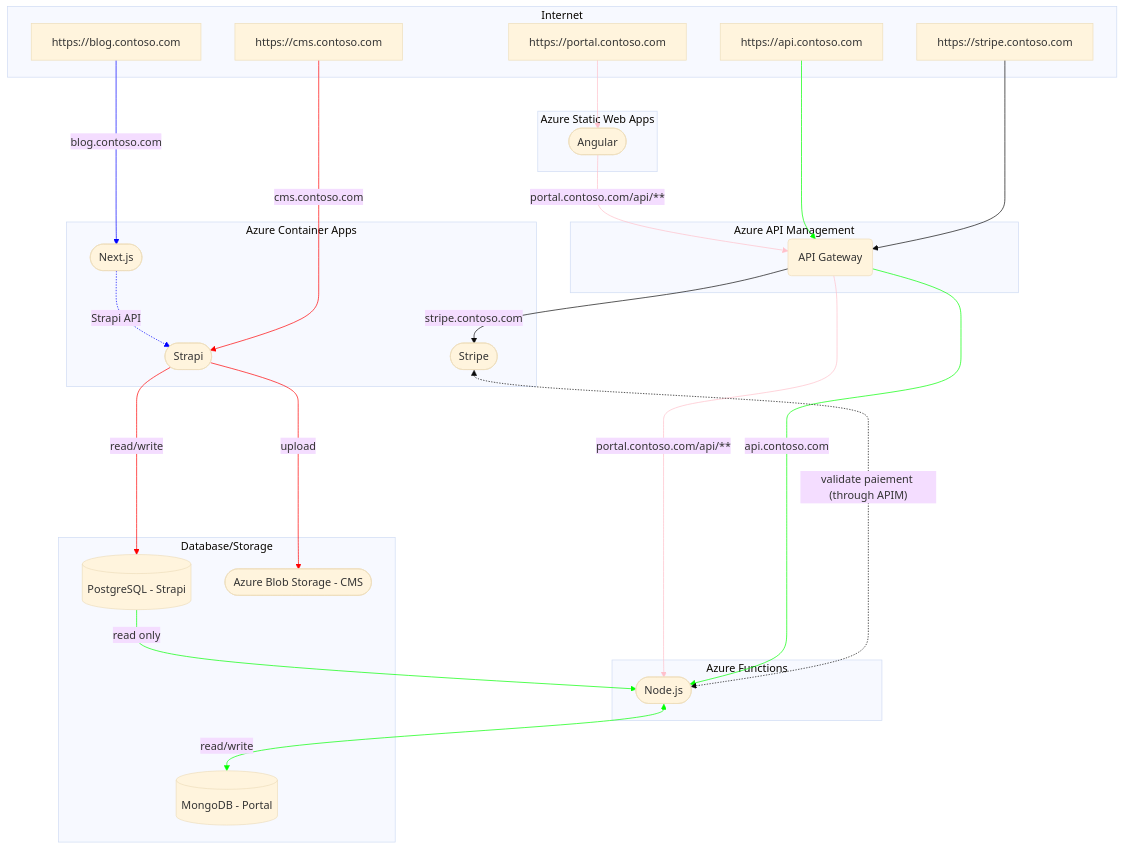
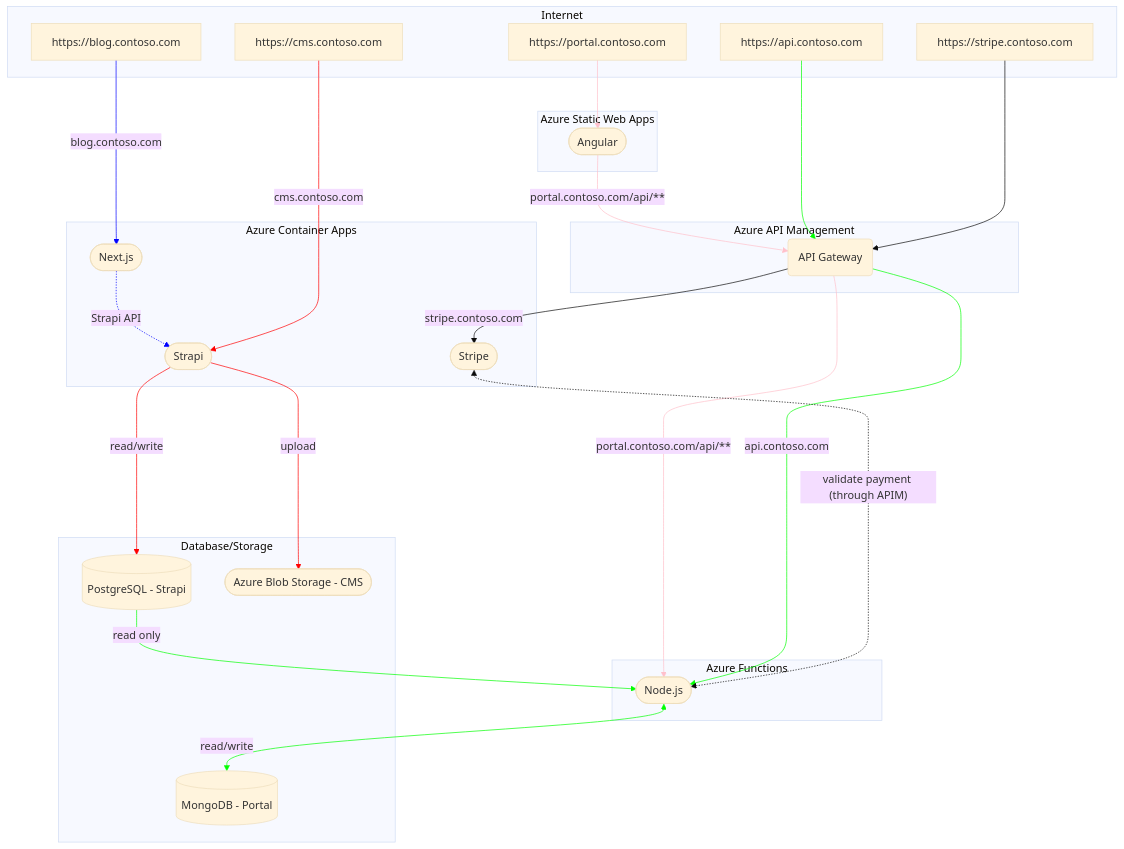
One commit to Azure-Samples/contoso-real-estate changed the diagram in README.md. Above: the diagram before and after it, drawn with Mermaid (base theme).

Commit message:
fix(docs): spelling of payment

````diff
--- a/README.md
+++ b/README.md
@@ -56,68 +56,68 @@
 ```mermaid
 flowchart TD
     %% 
 
     subgraph Internet
     Portal[https://portal.contoso.com]
     Blog[https://blog.contoso.com]
     CMS[https://cms.contoso.com]
     Stripe[https://stripe.contoso.com]
     API[https://api.contoso.com]
     end
     
     subgraph Azure API Management
     APIM(API Gateway)
     end
     
     subgraph Azure Static Web Apps
     SWA_Angular([Angular])
     end 
 
     subgraph Azure Functions
     Functions([Node.js])
     end 
 
     subgraph Azure Container Apps
     ACA_Next([Next.js])
     ACA_Strapi([Strapi])
     ACA_Stripe([Stripe])
     end 
 
     subgraph Database/Storage
     DB_PostresSQL[(PostgreSQL - Strapi)]
     DB_Mongo[(MongoDB - Portal)]
     Storage([Azure Blob Storage - CMS])
     end 
 
     Portal --> SWA_Angular -- "portal.contoso.com/api/**" --> APIM -- "portal.contoso.com/api/**" --> Functions
     
     Blog -- "blog.contoso.com" --> ACA_Next -. "Strapi API" .-> ACA_Strapi
     
     CMS -- "cms.contoso.com" --> ACA_Strapi
     ACA_Strapi -- "read/write" ----> DB_PostresSQL -- "read only" --> Functions
     ACA_Strapi -- "upload" --> Storage
     
     API --> APIM -- "api.contoso.com" --> Functions <-- "read/write" --> DB_Mongo
 
-    Stripe ---> APIM -- "stripe.contoso.com" --> ACA_Stripe <-. "validate paiement (through APIM)" .-> Functions
+    Stripe ---> APIM -- "stripe.contoso.com" --> ACA_Stripe <-. "validate payment (through APIM)" .-> Functions
     
     %% Portal
     linkStyle 0 stroke:pink
     linkStyle 1 stroke:pink
     linkStyle 2 stroke:pink
 
     %% Blog
     linkStyle 3 stroke:blue
     linkStyle 4 stroke:blue
     linkStyle 5 stroke:blue
     
     %% CMS
     linkStyle 5 stroke:red
     linkStyle 6 stroke:red
     linkStyle 8 stroke:red
     
     linkStyle 7 stroke:lime
     linkStyle 9 stroke:lime
     linkStyle 10 stroke:lime
     linkStyle 11 stroke:lime
 ```
````
